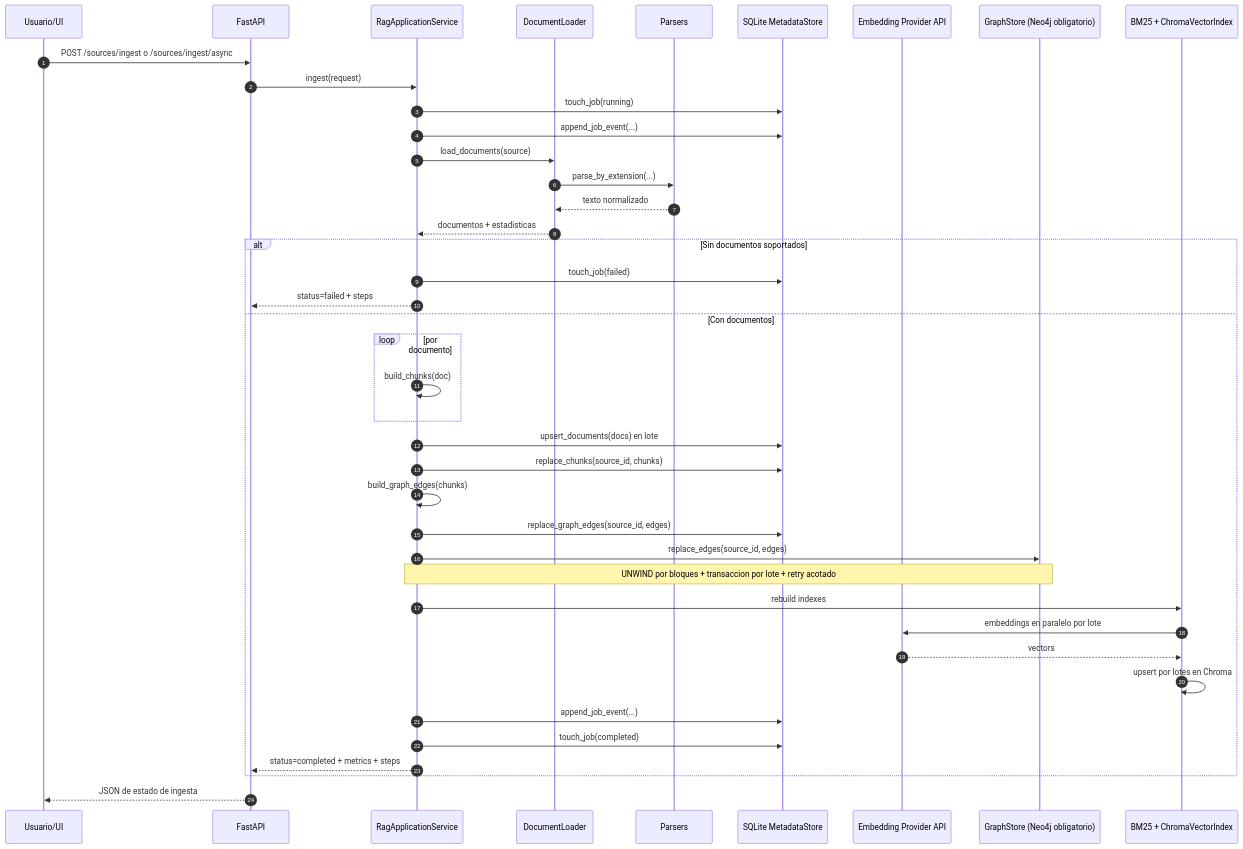
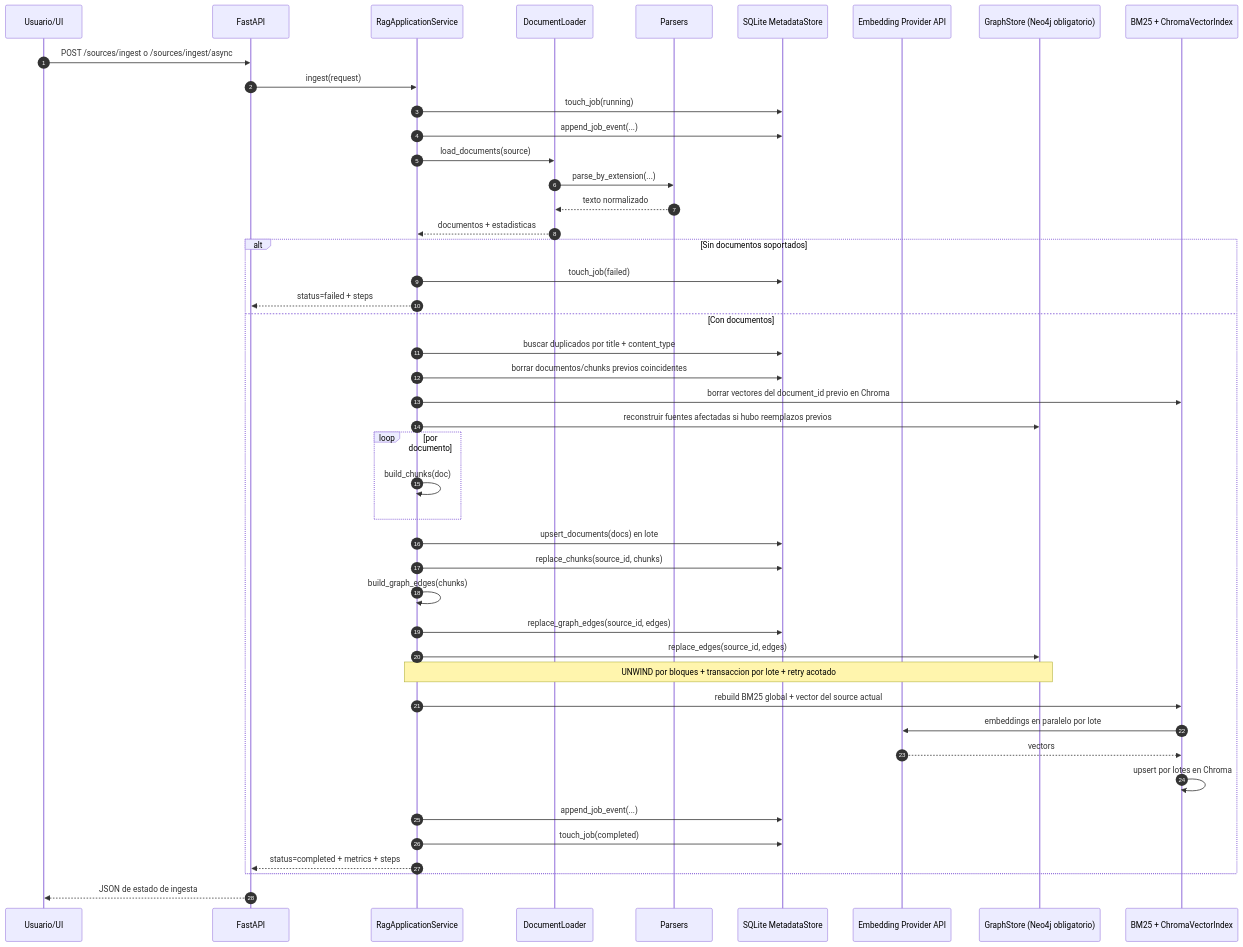
One commit to gherrerz/KDB-RAG-Docs changed the third of 4 diagrams in docs/ARCHITECTURE.md. Above: the diagram before and after it, drawn with Mermaid. The commit also changed other lines of this file and 37 other files, not shown here.

````diff
--- a/docs/ARCHITECTURE.md
+++ b/docs/ARCHITECTURE.md
@@ -164,47 +164,51 @@
 ```mermaid
 sequenceDiagram
     autonumber
     participant User as Usuario/UI
     participant API as FastAPI
     participant SVC as RagApplicationService
     participant DL as DocumentLoader
     participant PRS as Parsers
     participant DB as SQLite MetadataStore
     participant EMB as Embedding Provider API
     participant GS as GraphStore (Neo4j obligatorio)
     participant IDX as BM25 + ChromaVectorIndex
 
     User->>API: POST /sources/ingest o /sources/ingest/async
     API->>SVC: ingest(request)
     SVC->>DB: touch_job(running)
     SVC->>DB: append_job_event(...)
 
     SVC->>DL: load_documents(source)
     DL->>PRS: parse_by_extension(...)
     PRS-->>DL: texto normalizado
     DL-->>SVC: documentos + estadisticas
 
     alt Sin documentos soportados
         SVC->>DB: touch_job(failed)
         SVC-->>API: status=failed + steps
     else Con documentos
+      SVC->>DB: buscar duplicados por title + content_type
+      SVC->>DB: borrar documentos/chunks previos coincidentes
+      SVC->>IDX: borrar vectores del document_id previo en Chroma
+      SVC->>GS: reconstruir fuentes afectadas si hubo reemplazos previos
         loop por documento
             SVC->>SVC: build_chunks(doc)
         end
         SVC->>DB: upsert_documents(docs) en lote
         SVC->>DB: replace_chunks(source_id, chunks)
         SVC->>SVC: build_graph_edges(chunks)
         SVC->>DB: replace_graph_edges(source_id, edges)
         SVC->>GS: replace_edges(source_id, edges)
         Note over SVC,GS: UNWIND por bloques + transaccion por lote + retry acotado
-        SVC->>IDX: rebuild indexes
+        SVC->>IDX: rebuild BM25 global + vector del source actual
         IDX->>EMB: embeddings en paralelo por lote
         EMB-->>IDX: vectors
         IDX->>IDX: upsert por lotes en Chroma
         SVC->>DB: append_job_event(...)
         SVC->>DB: touch_job(completed)
         SVC-->>API: status=completed + metrics + steps
     end
 
     API-->>User: JSON de estado de ingesta
 ```
````
